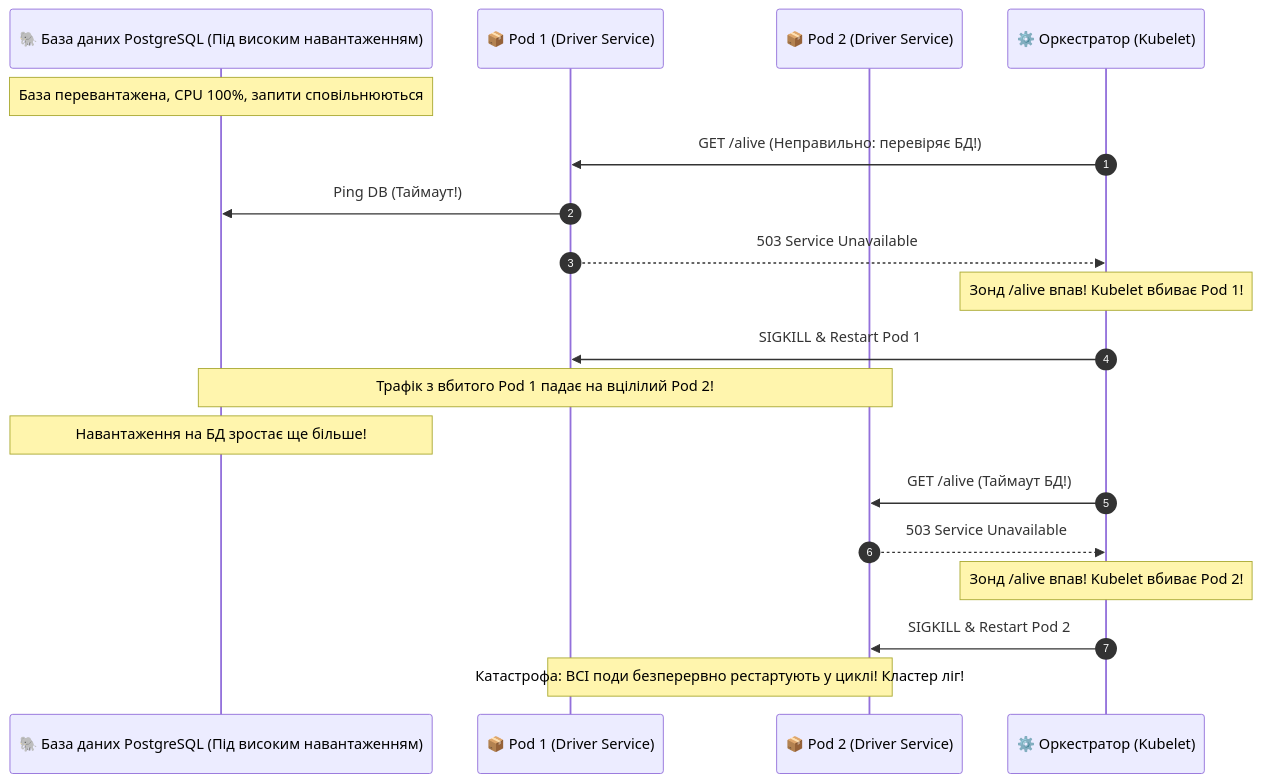
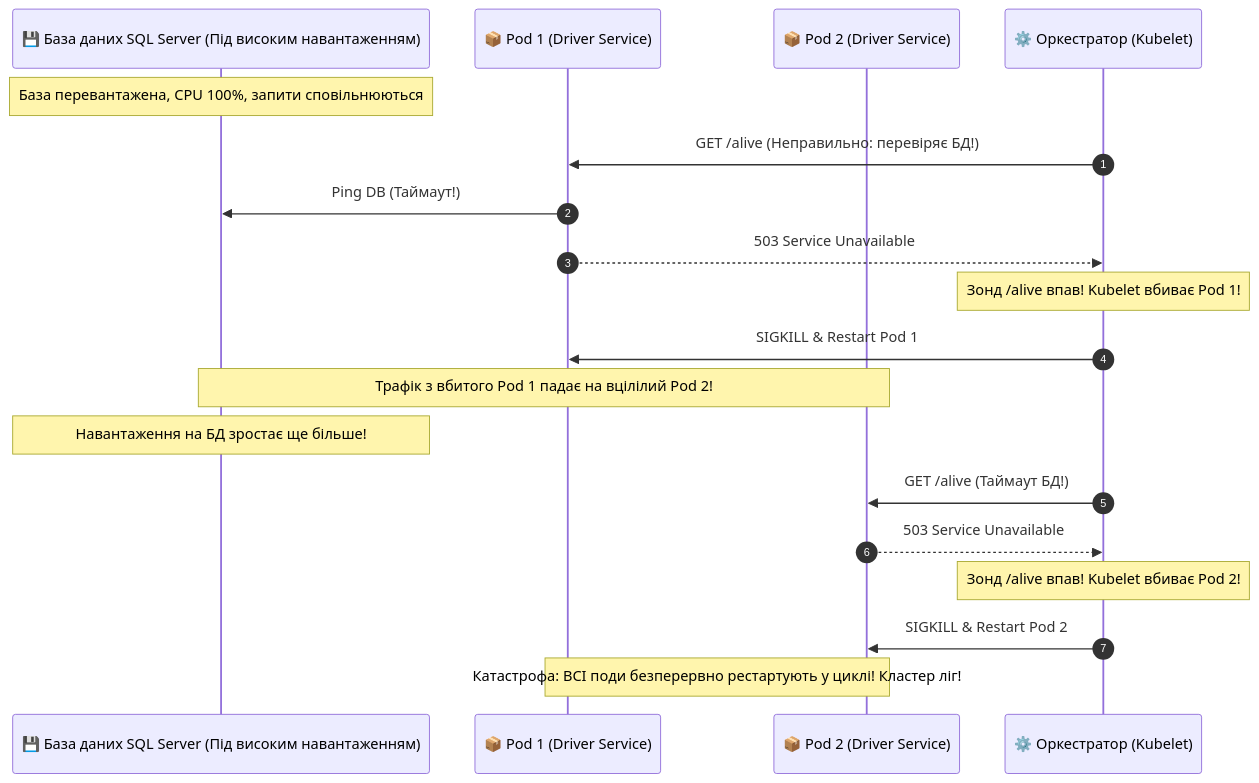
Before and after one commit to MrTomkaYurii/Demo-CargoDeliveryService: the second of 4 diagrams in 02-Microservices-Craftsman/02-01-Aspire-Documentation/05_HealthChecks_Probes_Liveness_Readiness.md, drawn with Mermaid. The commit also changed other lines of this file and 227 other files, not shown here.

````diff
--- a/02-Microservices-Craftsman/02-01-Aspire-Documentation/05_HealthChecks_Probes_Liveness_Readiness.md
+++ b/02-Microservices-Craftsman/02-01-Aspire-Documentation/05_HealthChecks_Probes_Liveness_Readiness.md
@@ -112,26 +113,26 @@
 ```mermaid
 sequenceDiagram
     autonumber
-    participant DB as 🐘 База даних PostgreSQL (Під високим навантаженням)
+    participant DB as 💾 База даних SQL Server (Під високим навантаженням)
     participant Pod1 as 📦 Pod 1 (Driver Service)
     participant Pod2 as 📦 Pod 2 (Driver Service)
     participant Kube as ⚙️ Оркестратор (Kubelet)
 
     Note over DB: База перевантажена, CPU 100%, запити сповільнюються
     Kube->>Pod1: GET /alive (Неправильно: перевіряє БД!)
     Pod1->>DB: Ping DB (Таймаут!)
     Pod1-->>Kube: 503 Service Unavailable
     
     Note over Kube: Зонд /alive впав! Kubelet вбиває Pod 1!
     Kube->>Pod1: SIGKILL & Restart Pod 1
     
     Note over Pod2,DB: Трафік з вбитого Pod 1 падає на вцілілий Pod 2!
     Note over DB: Навантаження на БД зростає ще більше!
     Kube->>Pod2: GET /alive (Таймаут БД!)
     Pod2-->>Kube: 503 Service Unavailable
     
     Note over Kube: Зонд /alive впав! Kubelet вбиває Pod 2!
     Kube->>Pod2: SIGKILL & Restart Pod 2
     
     Note over Pod1,Pod2: Катастрофа: ВСІ поди безперервно рестартують у циклі! Кластер ліг!
 ```
````
